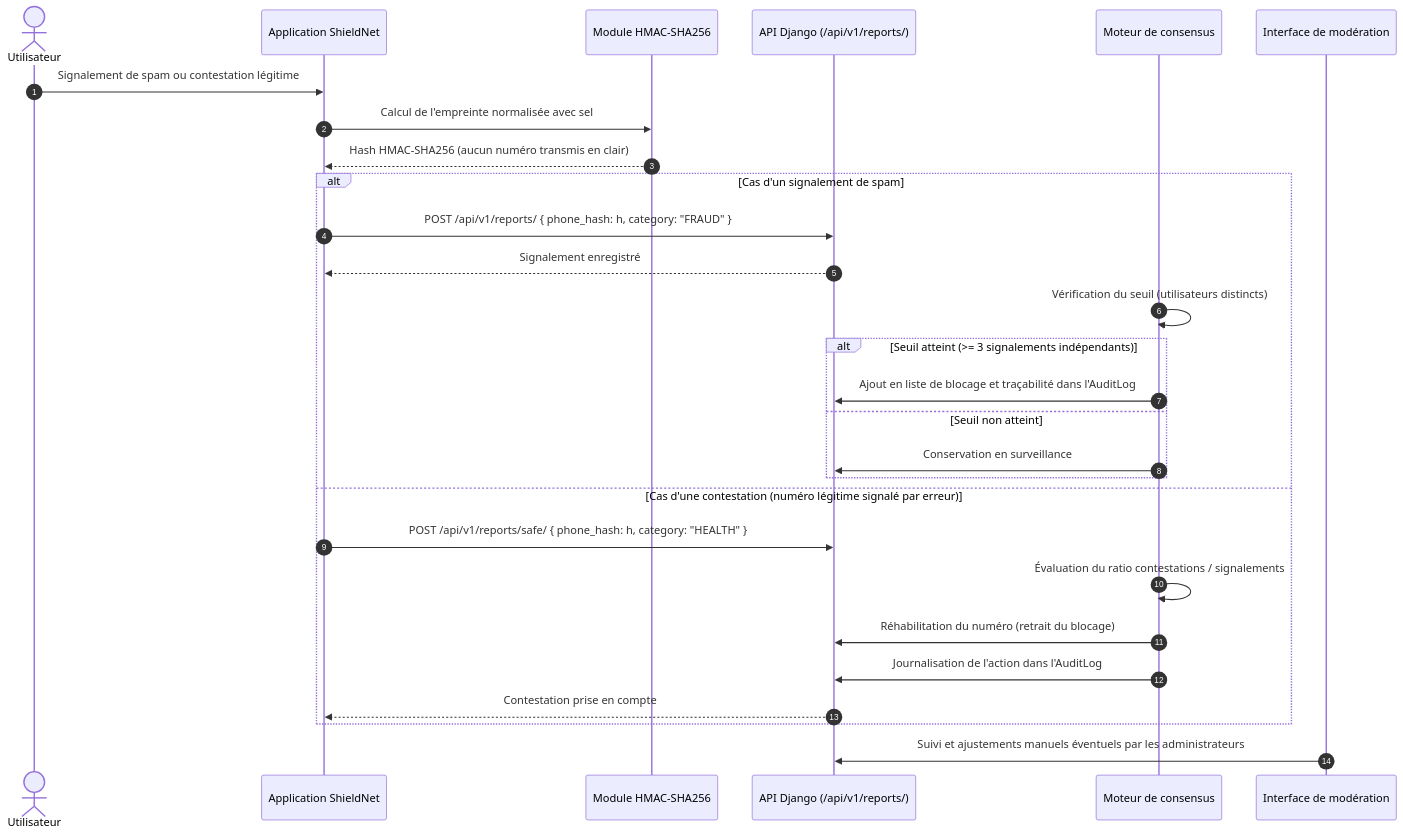
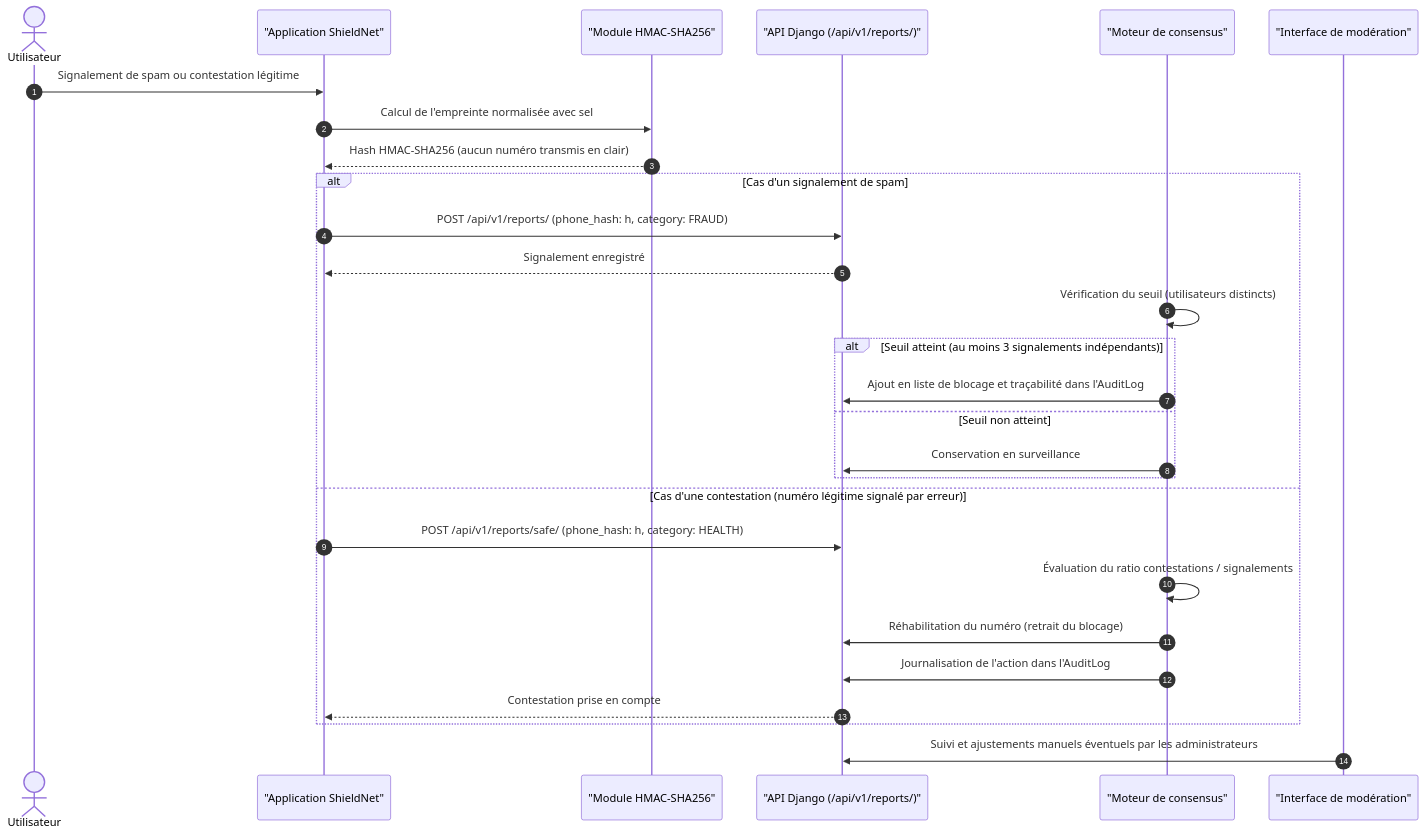
The seventh of 7 diagrams in docs/ARCHITECTURE_ET_CONCEPTION.md (fadelilyas01/Projet_Synthese), drawn with Mermaid before and after one commit. The commit also changed other lines of this file and 19 other files, not shown here.

Commit message:
feat: add comprehensive features, pages, tests, and documentation for ShieldNet backend and mobile app

````diff
--- a/docs/ARCHITECTURE_ET_CONCEPTION.md
+++ b/docs/ARCHITECTURE_ET_CONCEPTION.md
@@ -367,34 +370,34 @@
 ```mermaid
 sequenceDiagram
     autonumber
     actor Utilisateur as Utilisateur
-    participant App as Application ShieldNet
-    participant Crypto as Module HMAC-SHA256
-    participant Backend as API Django (/api/v1/reports/)
-    participant Consensus as Moteur de consensus
-    participant Admin as Interface de modération
+    participant App as "Application ShieldNet"
+    participant Crypto as "Module HMAC-SHA256"
+    participant Backend as "API Django (/api/v1/reports/)"
+    participant Consensus as "Moteur de consensus"
+    participant Admin as "Interface de modération"
 
     Utilisateur->>App: Signalement de spam ou contestation légitime
     App->>Crypto: Calcul de l'empreinte normalisée avec sel
     Crypto-->>App: Hash HMAC-SHA256 (aucun numéro transmis en clair)
     
     alt Cas d'un signalement de spam
-        App->>Backend: POST /api/v1/reports/ { phone_hash: h, category: "FRAUD" }
+        App->>Backend: POST /api/v1/reports/ (phone_hash: h, category: FRAUD)
         Backend-->>App: Signalement enregistré
         
         Consensus->>Consensus: Vérification du seuil (utilisateurs distincts)
-        alt Seuil atteint (>= 3 signalements indépendants)
+        alt Seuil atteint (au moins 3 signalements indépendants)
             Consensus->>Backend: Ajout en liste de blocage et traçabilité dans l'AuditLog
         else Seuil non atteint
             Consensus->>Backend: Conservation en surveillance
         end
     else Cas d'une contestation (numéro légitime signalé par erreur)
-        App->>Backend: POST /api/v1/reports/safe/ { phone_hash: h, category: "HEALTH" }
+        App->>Backend: POST /api/v1/reports/safe/ (phone_hash: h, category: HEALTH)
         Consensus->>Consensus: Évaluation du ratio contestations / signalements
         Consensus->>Backend: Réhabilitation du numéro (retrait du blocage)
         Consensus->>Backend: Journalisation de l'action dans l'AuditLog
         Backend-->>App: Contestation prise en compte
     end
     
     Admin->>Backend: Suivi et ajustements manuels éventuels par les administrateurs
 ```
````
